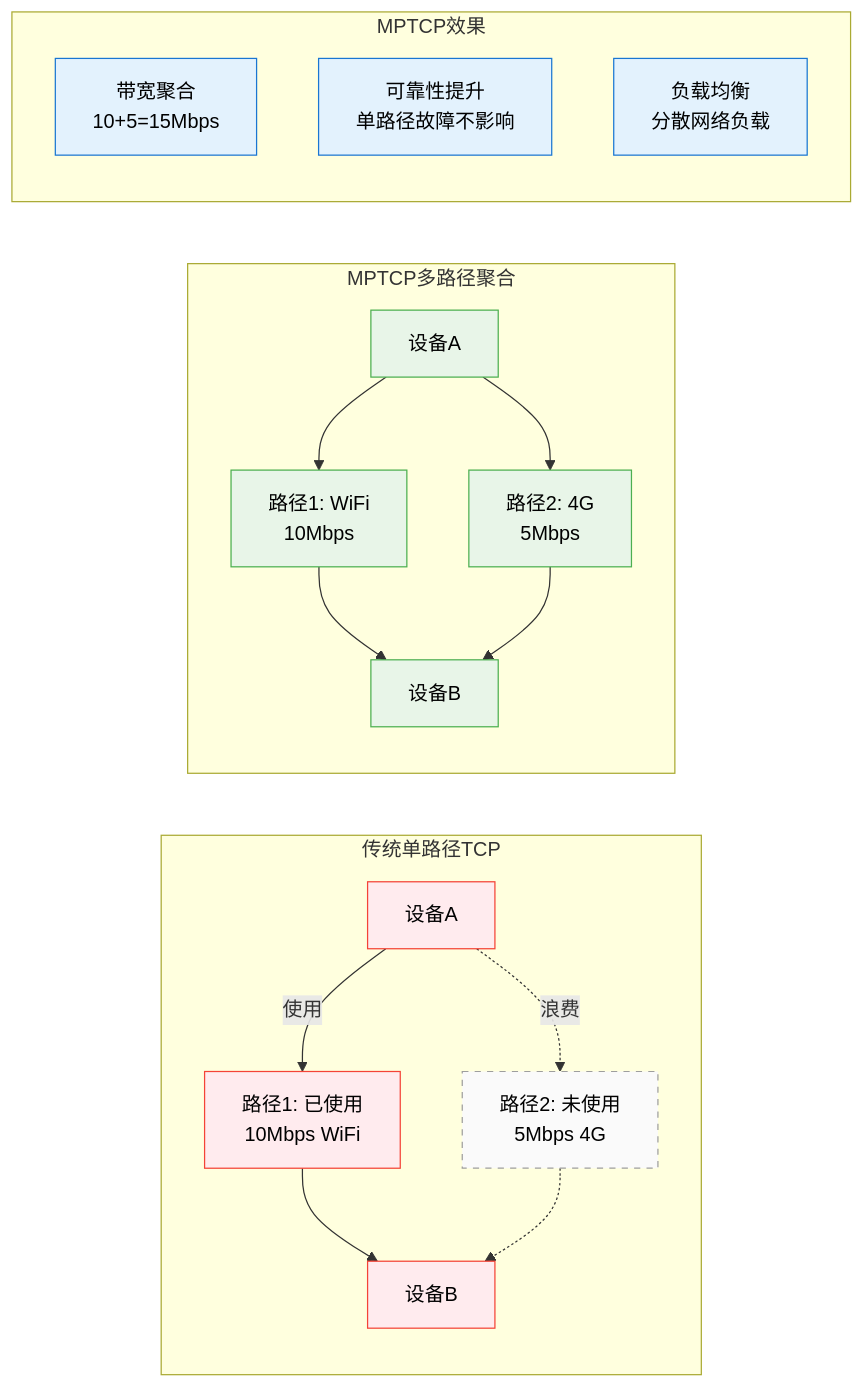
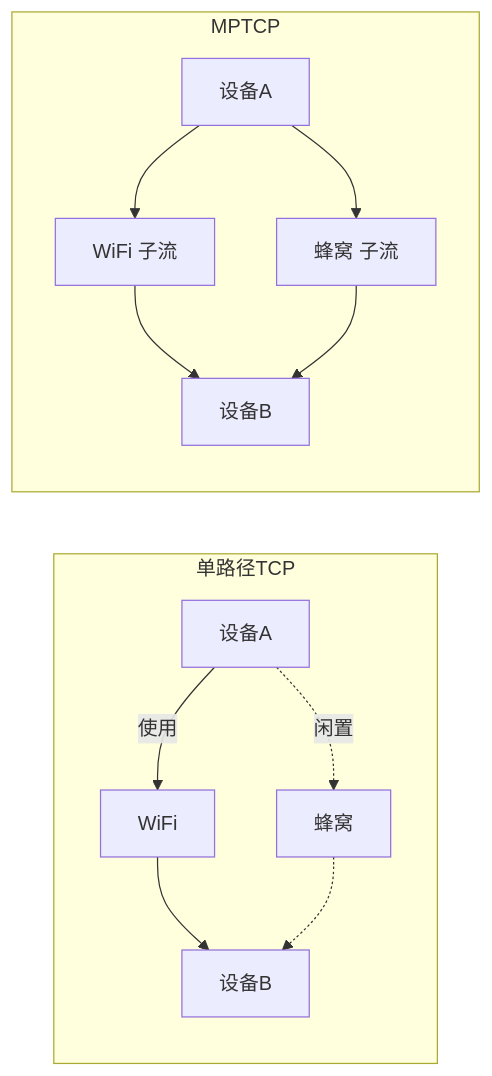
One commit to Dtheme/CS-base changed the fifth of 11 diagrams in 计算机网络/3.7传输层：现代传输技术.md. Above: the diagram before and after it, drawn with Mermaid. The commit also changed other lines of this file and 51 other files, not shown here.

````diff
--- a/计算机网络/3.7传输层：现代传输技术.md
+++ b/计算机网络/3.7传输层：现代传输技术.md
@@ -324,42 +219,15 @@
 ```mermaid
 graph LR
-    subgraph "传统单路径TCP"
-        A1[设备A] 
-        A2[设备B]
-        A3[路径1: 已使用<br/>10Mbps WiFi]
-        A4[路径2: 未使用<br/>5Mbps 4G]
-        
-        A1 -->|使用| A3
-        A3 --> A2
-        A1 -.->|浪费| A4
-        A4 -.-> A2
+    subgraph 单路径TCP
+        A1[设备A] -->|使用| A3[WiFi]
+        A3 --> A2[设备B]
+        A1 -.->|闲置| A4[蜂窝] -.-> A2
     end
-    
-    subgraph "MPTCP多路径聚合"
-        B1[设备A]
-        B2[设备B] 
-        B3[路径1: WiFi<br/>10Mbps]
-        B4[路径2: 4G<br/>5Mbps]
-        
-        B1 --> B3
-        B1 --> B4
-        B3 --> B2
+
+    subgraph MPTCP
+        B1[设备A] --> B3[WiFi 子流]
+        B1 --> B4[蜂窝 子流]
+        B3 --> B2[设备B]
         B4 --> B2
     end
-    
-    subgraph "MPTCP效果"
-        C1[带宽聚合<br/>10+5=15Mbps]
-        C2[可靠性提升<br/>单路径故障不影响]
-        C3[负载均衡<br/>分散网络负载]
-    end
-    
-    classDef traditional fill:#ffebee,stroke:#f44336,color:#000000
-    classDef mptcp fill:#e8f5e8,stroke:#4caf50,color:#000000
-    classDef benefit fill:#e3f2fd,stroke:#1976d2,color:#000000
-    classDef unused fill:#fafafa,stroke:#9e9e9e,color:#000000,stroke-dasharray: 5 5
-    
-    class A1,A2,A3 traditional
-    class A4 unused
-    class B1,B2,B3,B4 mptcp
-    class C1,C2,C3 benefit
 ```
````
